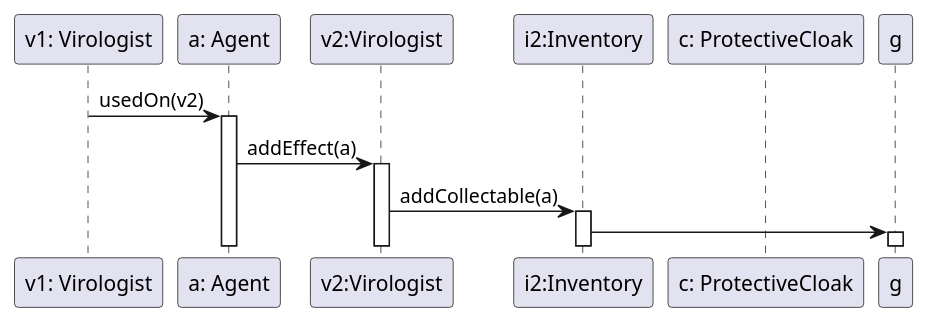
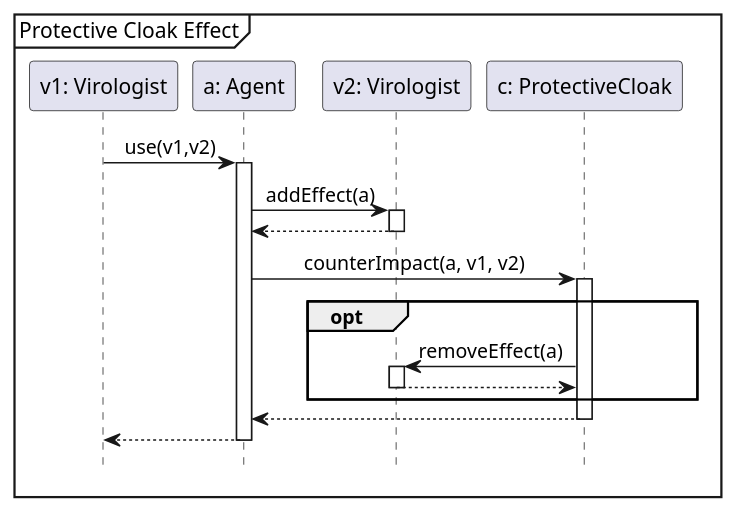
One commit to Tschonti/503-service-unavailable changed the diagram in docs/ProtectiveCloakEffect.puml. Above: the diagram before and after it, drawn with PlantUML. The commit also changed 2 other files, not shown here.

Commit message:
first sequence diagrams

```diff
--- a/docs/ProtectiveCloakEffect.puml
+++ b/docs/ProtectiveCloakEffect.puml
@@ -1,14 +1,22 @@
 @startuml
 'https://plantuml.com/sequence-diagram
+hide footbox
+skinparam sequenceMessageAlign center
+mainframe Protective Cloak Effect
 
-Participant "v1: Virologist" as v1
-Participant "a: Agent" as a
-Participant "v2:Virologist" as v2
-Participant "i2:Inventory" as i2
-Participant "c: ProtectiveCloak" as c
+participant "v1: Virologist" as v1
+participant "a: Agent" as a
+participant "v2: Virologist" as v2
+participant "c: ProtectiveCloak" as c
 
-v1 -> a ++: usedOn(v2)
+v1 -> a ++: use(v1,v2)
     a -> v2 ++: addEffect(a)
-        v2 -> i2 ++: addCollectable(a)
-        i2-> g ++:
+    return
+    a-> c ++: counterImpact(a, v1, v2)
+        opt
+            c -> v2++: removeEffect(a)
+            return
+        end
+    return
+return
 @enduml
```
